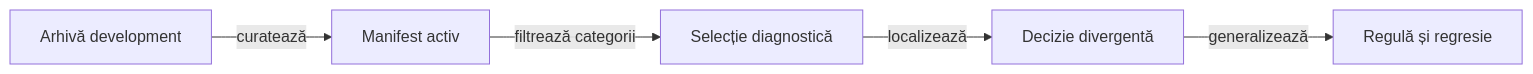
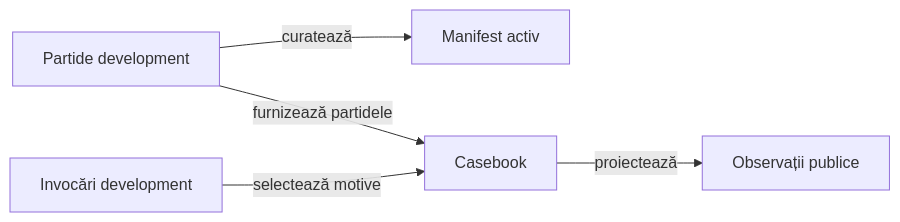
Before and after one commit to crististefanita/atf_j4: the diagram in docs/learning/ATF_Selection.md, drawn with Mermaid. The commit also changed other lines of this file and 302 other files, not shown here.

````diff
--- a/docs/learning/ATF_Selection.md
+++ b/docs/learning/ATF_Selection.md
@@ -12,7 +15,7 @@
 ```mermaid
 flowchart LR
-    CORPUS[Arhivă development] -->|curatează| ACTIVE[Manifest activ]
-    ACTIVE -->|filtrează categorii| FOCUS[Selecție diagnostică]
-    FOCUS -->|localizează| DECISION[Decizie divergentă]
-    DECISION -->|generalizează| RULE[Regulă și regresie]
+    ARCH[Partide development] -->|curatează| ACTIVE[Manifest activ]
+    RUN[Invocări development] -->|selectează motive| CASE[Casebook]
+    ARCH -->|furnizează partidele| CASE
+    CASE -->|proiectează| OBS[Observații publice]
 ```
````
